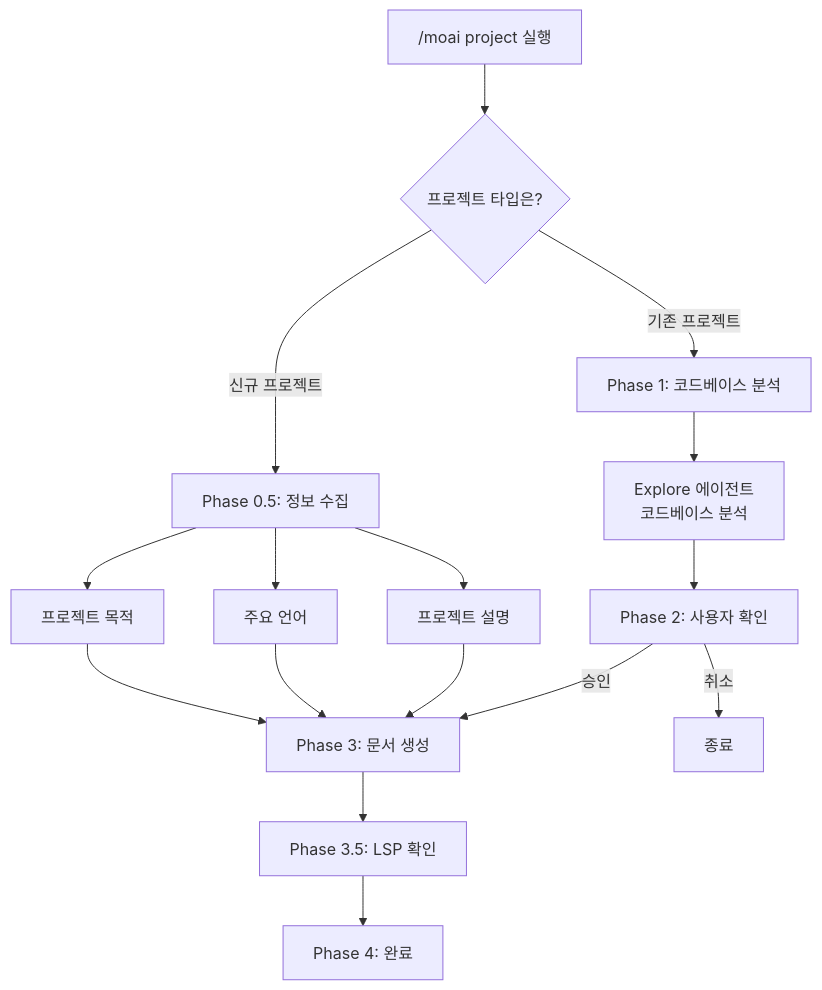
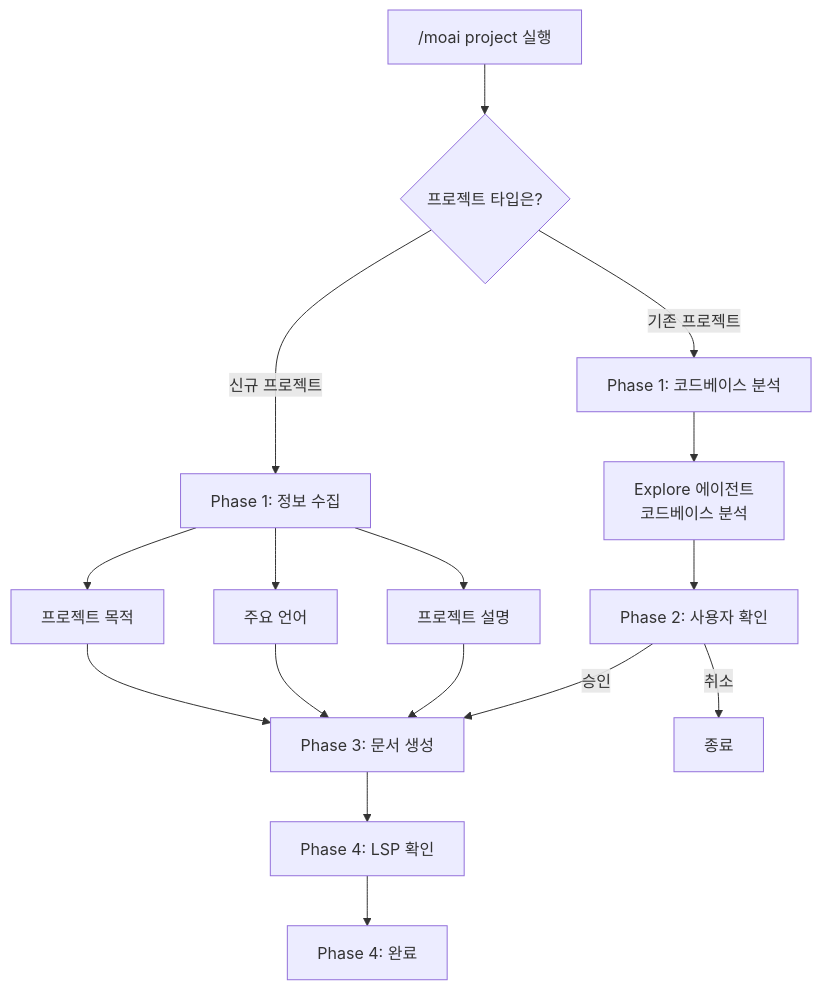
The first of 2 diagrams in docs-site/content/ko/workflow-commands/moai-project.md (modu-ai/moai-adk), drawn with Mermaid before and after one commit. The commit also changed other lines of this file and 190 other files, not shown here.

````diff
--- a/docs-site/content/ko/workflow-commands/moai-project.md
+++ b/docs-site/content/ko/workflow-commands/moai-project.md
@@ -97,24 +97,24 @@
 ```mermaid
 flowchart TD
     Start["/moai project 실행"] --> Q1{프로젝트 타입은?}
 
-    Q1 -->|신규 프로젝트| New["Phase 0.5: 정보 수집"]
+    Q1 -->|신규 프로젝트| New["Phase 1: 정보 수집"]
     Q1 -->|기존 프로젝트| Exist["Phase 1: 코드베이스 분석"]
 
     New --> NewQ["프로젝트 목적"]
     New --> NewL["주요 언어"]
     New --> NewD["프로젝트 설명"]
 
     NewQ --> Gen["Phase 3: 문서 생성"]
     NewL --> Gen
     NewD --> Gen
 
     Exist --> Exp["Explore 에이전트<br/>코드베이스 분석"]
     Exp --> Conf["Phase 2: 사용자 확인"]
 
     Conf -->|승인| Gen
     Conf -->|취소| End["종료"]
 
-    Gen --> LSP["Phase 3.5: LSP 확인"]
+    Gen --> LSP["Phase 4: LSP 확인"]
     LSP --> Complete["Phase 4: 완료"]
 ```
````
